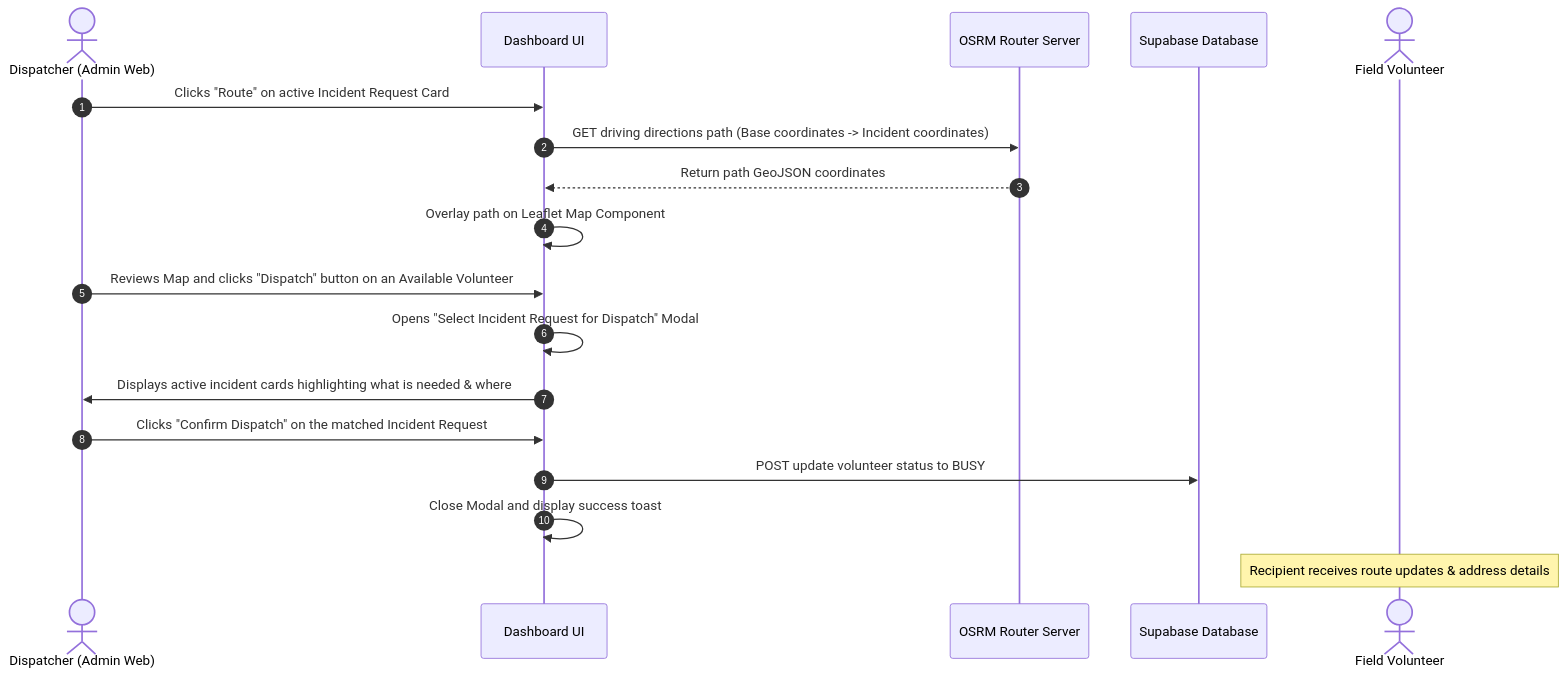
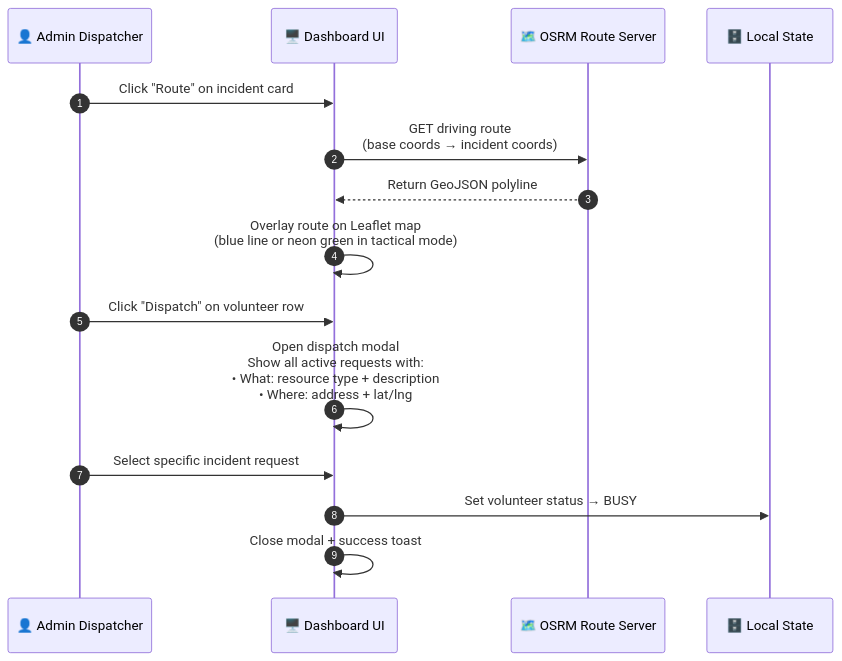
Before and after one commit to bharathkumar000/RESQLINK: the fifth of 7 diagrams in SYSTEM_ARCHITECTURE.md, drawn with Mermaid. The commit also changed other lines of this file, not shown here.

Commit message:
docs: Complete rewrite of SYSTEM_ARCHITECTURE.md with full tech audit — Ollama/Gemma4, Nearby Connections mesh, geolocator, Hive DB, SyncBridge, Telegram alerts, ML scoring, all 10 sensors

````diff
--- a/SYSTEM_ARCHITECTURE.md
+++ b/SYSTEM_ARCHITECTURE.md
@@ -204,21 +337,19 @@
 ```mermaid
 sequenceDiagram
     autonumber
-    actor Disp as Dispatcher (Admin Web)
-    participant UI as Dashboard UI
-    participant OSRM as OSRM Router Server
-    participant DB as Supabase Database
-    actor Vol as Field Volunteer
+    participant A as 👤 Admin Dispatcher
+    participant D as 🖥️ Dashboard UI
+    participant O as 🗺️ OSRM Route Server
+    participant DB as 🗄️ Local State
 
-    Disp->>UI: Clicks "Route" on active Incident Request Card
-    UI->>OSRM: GET driving directions path (Base coordinates -> Incident coordinates)
-    OSRM-->>UI: Return path GeoJSON coordinates
-    UI->>UI: Overlay path on Leaflet Map Component
-    Disp->>UI: Reviews Map and clicks "Dispatch" button on an Available Volunteer
-    UI->>UI: Opens "Select Incident Request for Dispatch" Modal
-    UI->>Disp: Displays active incident cards highlighting what is needed & where
-    Disp->>UI: Clicks "Confirm Dispatch" on the matched Incident Request
-    UI->>DB: POST update volunteer status to BUSY
-    UI->>UI: Close Modal and display success toast
-    Note over Vol: Recipient receives route updates & address details
+    A->>D: Click "Route" on incident card
+    D->>O: GET driving route<br/>(base coords → incident coords)
+    O-->>D: Return GeoJSON polyline
+    D->>D: Overlay route on Leaflet map<br/>(blue line or neon green in tactical mode)
+
+    A->>D: Click "Dispatch" on volunteer row
+    D->>D: Open dispatch modal<br/>Show all active requests with:<br/>• What: resource type + description<br/>• Where: address + lat/lng
+    A->>D: Select specific incident request
+    D->>DB: Set volunteer status → BUSY
+    D->>D: Close modal + success toast
 ```
````
